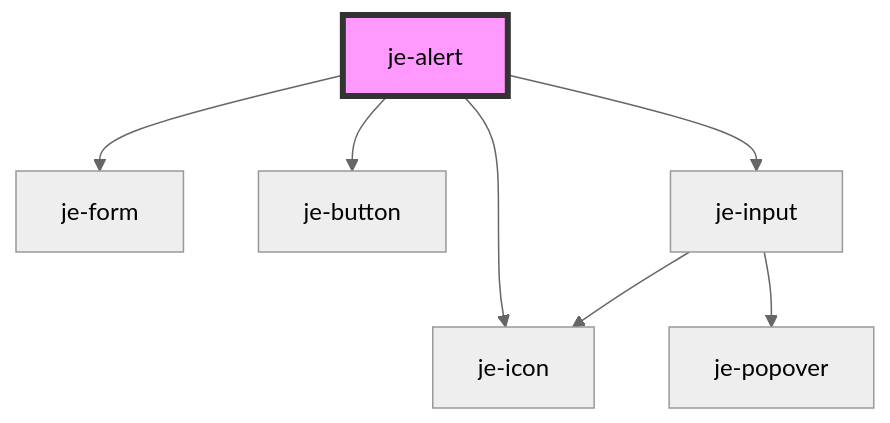
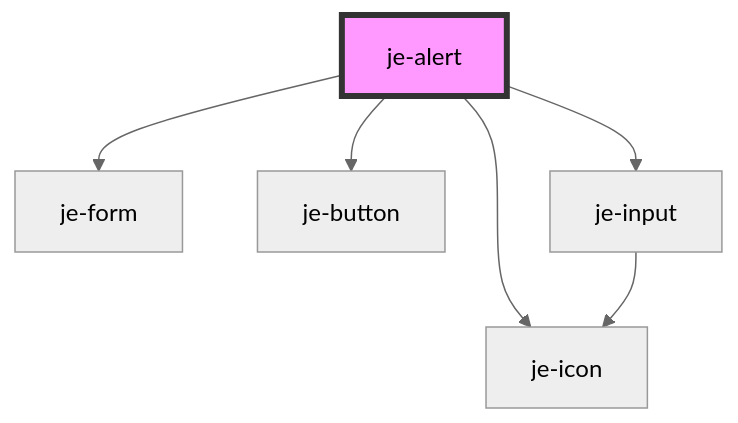
The diagram in packages/core/documentation/components/je-alert/readme.md (pgreen00/jebamo), drawn with Mermaid (neutral theme) before and after one commit. The commit also changed 28 other files, not shown here.

````diff
--- a/packages/core/documentation/components/je-alert/readme.md
+++ b/packages/core/documentation/components/je-alert/readme.md
@@ -68,10 +68,9 @@
 ```mermaid
 graph TD;
   je-alert --> je-form
   je-alert --> je-icon
   je-alert --> je-button
   je-alert --> je-input
   je-input --> je-icon
-  je-input --> je-popover
   style je-alert fill:#f9f,stroke:#333,stroke-width:4px
 ```
````
